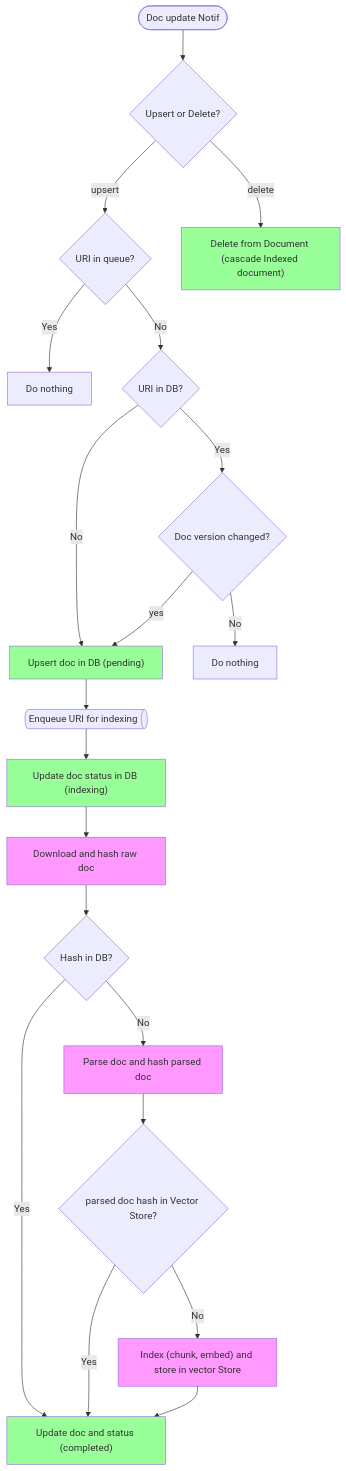
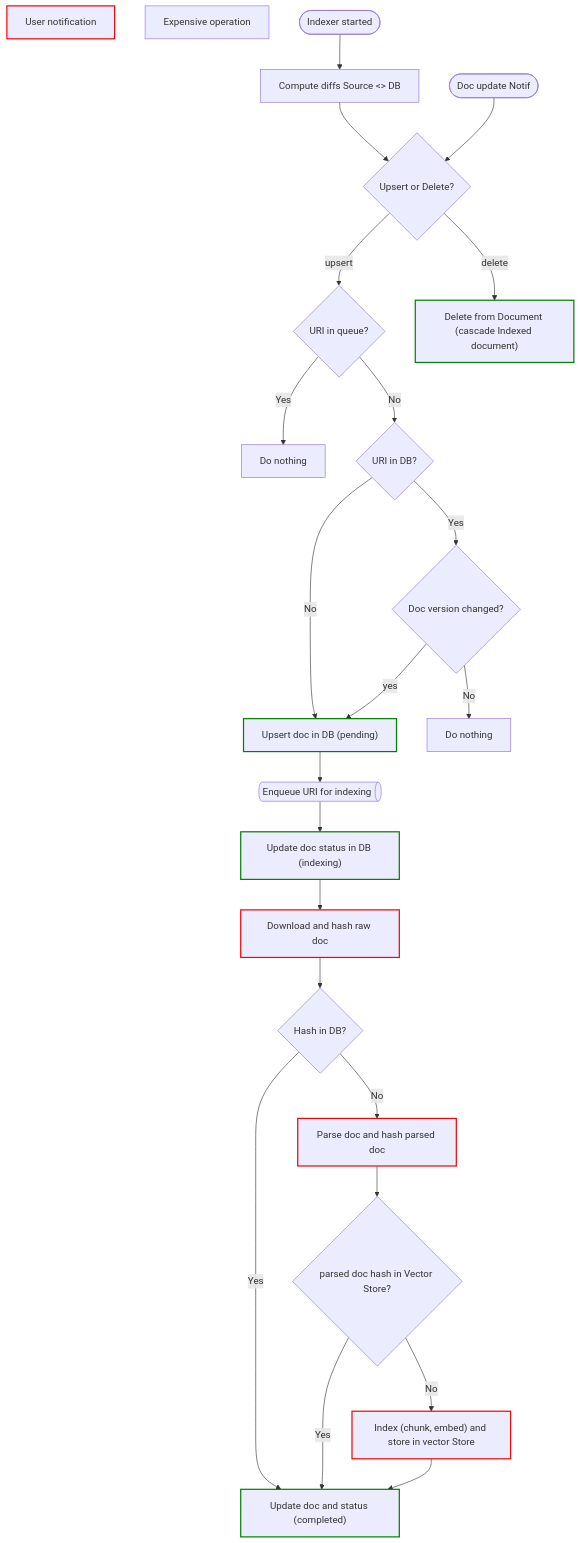
Before and after one commit to seemantic/seemantic: the second of 2 diagrams in architecture.md, drawn with Mermaid. The commit also changed other lines of this file, not shown here.

Commit message:
update architecture graphs
dark-mode compatible, improve rational

````diff
--- a/architecture.md
+++ b/architecture.md
@@ -68,31 +70,39 @@
 ```mermaid
 flowchart TD
+
+        UpdateStatusLegend["User notification"]
+        style UpdateStatusLegend stroke:green,stroke-width:2px
+
+        CostlyOp["Expensive operation"]
+        style UpdateStatusLegend stroke:red,stroke-width:2px
+
+        Startup(["Indexer started"]) --> ComputeDiff["Compute diffs Source <> DB"]
+        ComputeDiff --> NotifType
         Notif(["Doc update Notif"])
         Notif --> NotifType{"Upsert or Delete?"}
         NotifType --> |upsert| EnqueueOrNothing{"URI in queue?"}
         NotifType --> |delete| Delete["Delete from Document (cascade Indexed document)"]
-        style Delete fill:#99ff99
+        style Delete stroke:green,stroke-width:2px
         EnqueueOrNothing --> |Yes| DoNothing["Do nothing"]
         EnqueueOrNothing --> |No| UriInDb?{"URI in DB?"}
         UriInDb? --> |Yes| SourceVersionChange?{"Doc version changed?"}
         UriInDb? --> |No| UpsertInDb["Upsert doc in DB (pending)"]
         UpsertInDb --> EnqueueUri@{ shape: das, label: "Enqueue URI for indexing" }
-        style UpsertInDb fill:#99ff99
+        style UpsertInDb stroke:green,stroke-width:2px
         SourceVersionChange? --> |No| DoNothing2["Do nothing"]
         SourceVersionChange? --> |yes| UpsertInDb
-        style UpsertInDb fill:#99ff99
         EnqueueUri --> UpdateDocStatusIndexing["Update doc status in DB (indexing)"]
-        style UpdateDocStatusIndexing fill:#99ff99
+        style UpdateDocStatusIndexing stroke:green,stroke-width:2px
         UpdateDocStatusIndexing --> DownloadDocument["Download and hash raw doc"]
-        style DownloadDocument fill:#f9f
+        style DownloadDocument stroke:red,stroke-width:2px
         DownloadDocument --> HashExists?{"Hash in DB?"}
         HashExists? --> |Yes|UpdateDocStatusCompleted["Update doc and status (completed)"]
         HashExists? --> |No|ParseDocument["Parse doc and hash parsed doc"]
-        style ParseDocument fill:#f9f
+        style ParseDocument stroke:red,stroke-width:2px
         ParseDocument --> ParsedDocHashExists?{"parsed doc hash in Vector Store?"}
         ParsedDocHashExists? --> |Yes|UpdateDocStatusCompleted
         ParsedDocHashExists? --> |No|IndexDoc["Index (chunk, embed) and store in vector Store"]
-        style IndexDoc fill:#f9f
+        style IndexDoc stroke:red,stroke-width:2px
         IndexDoc --> UpdateDocStatusCompleted
-        style UpdateDocStatusCompleted fill:#99ff99
+        style UpdateDocStatusCompleted stroke:green,stroke-width:2px
 ```
````
